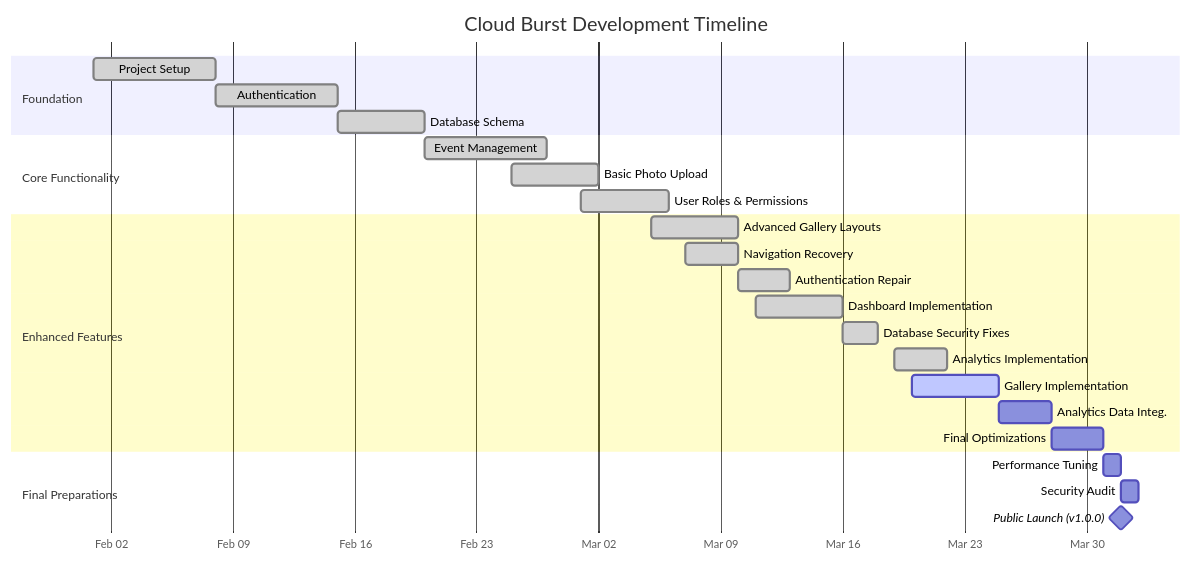
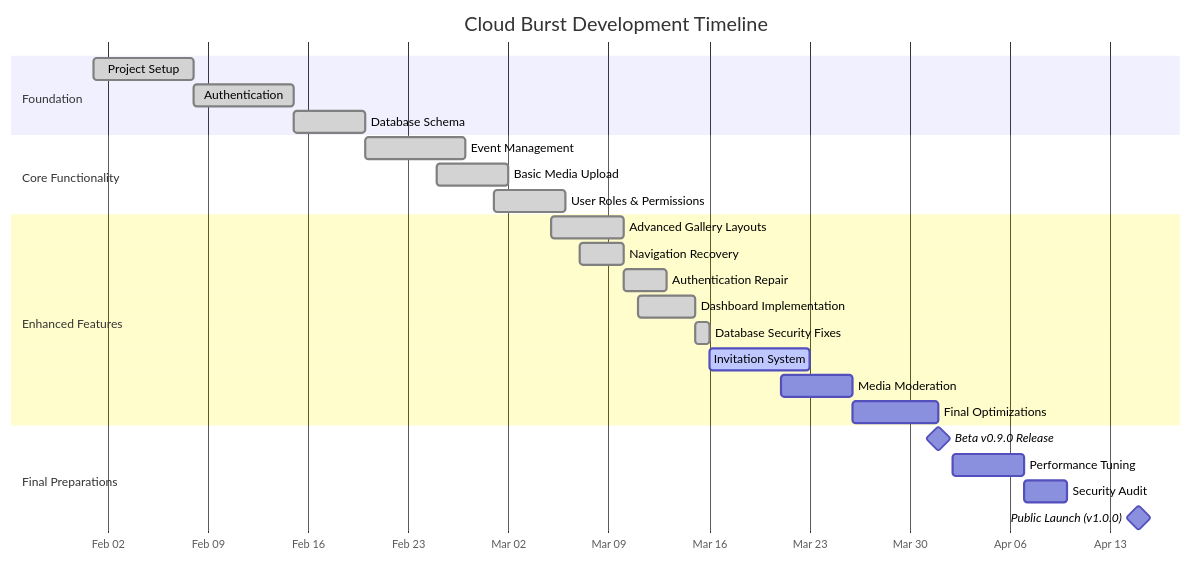
One commit to mrj0nesmtl/cloud-burst changed the first of 2 diagrams in docs/planning/roadmap.md. Above: the diagram before and after it, drawn with Mermaid. The commit also changed other lines of this file and 6 other files, not shown here.

Commit message:
Update version to 0.7.8 and adjust project timeline

````diff
--- a/docs/planning/roadmap.md
+++ b/docs/planning/roadmap.md
@@ -42,32 +44,32 @@
 ```mermaid
 gantt
     title Cloud Burst Development Timeline
     dateFormat  YYYY-MM-DD
     axisFormat %b %d
     
     section Foundation
     Project Setup           :done, f1, 2025-02-01, 7d
     Authentication          :done, f2, 2025-02-08, 7d
     Database Schema         :done, f3, 2025-02-15, 5d
     
     section Core Functionality
     Event Management        :done, c1, 2025-02-20, 7d
-    Basic Photo Upload      :done, c2, 2025-02-25, 5d
+    Basic Media Upload      :done, c2, 2025-02-25, 5d
     User Roles & Permissions:done, c3, 2025-03-01, 5d
     
     section Enhanced Features
     Advanced Gallery Layouts:done, e1, 2025-03-05, 5d
     Navigation Recovery     :done, e2, 2025-03-07, 3d
     Authentication Repair   :done, e3, 2025-03-10, 3d
-    Dashboard Implementation:done, e4, 2025-03-11, 5d
-    Database Security Fixes :done, e5, 2025-03-16, 2d
-    Analytics Implementation:done, e6, 2025-03-19, 3d
-    Gallery Implementation  :active, e7, 2025-03-20, 5d
-    Analytics Data Integ.   :e8, 2025-03-25, 3d
-    Final Optimizations     :e9, 2025-03-28, 3d
+    Dashboard Implementation:done, e4, 2025-03-11, 4d
+    Database Security Fixes :done, e5, 2025-03-15, 1d
+    Invitation System       :active, e6, 2025-03-16, 7d
+    Media Moderation        :e7, 2025-03-21, 5d
+    Final Optimizations     :e8, 2025-03-26, 6d
     
     section Final Preparations
-    Performance Tuning      :o1, 2025-03-31, 1d
-    Security Audit          :o2, 2025-04-01, 1d
-    Public Launch (v1.0.0)  :milestone, l3, 2025-04-01, 0d
+    Beta v0.9.0 Release     :milestone, b1, 2025-04-01, 0d
+    Performance Tuning      :o1, 2025-04-02, 5d
+    Security Audit          :o2, 2025-04-07, 3d
+    Public Launch (v1.0.0)  :milestone, l3, 2025-04-15, 0d
 ```
````
